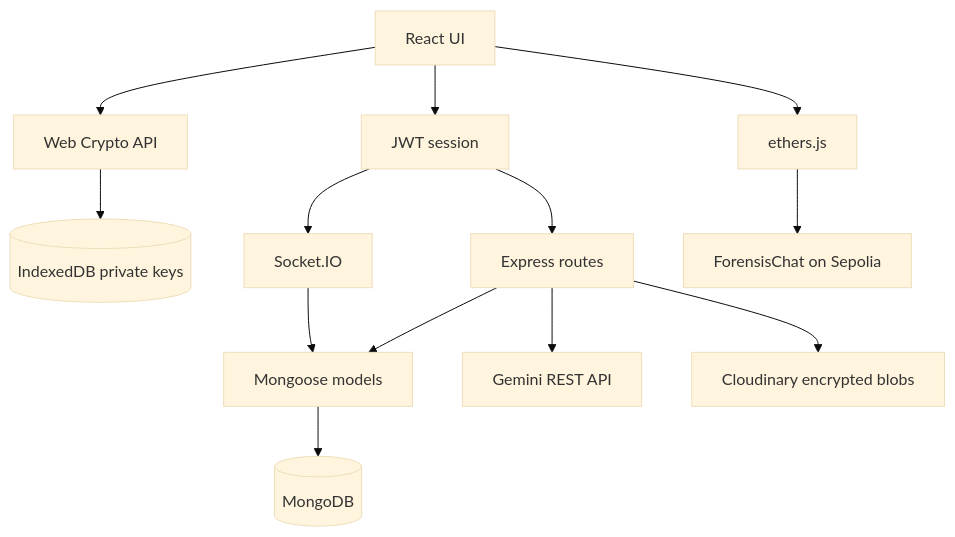
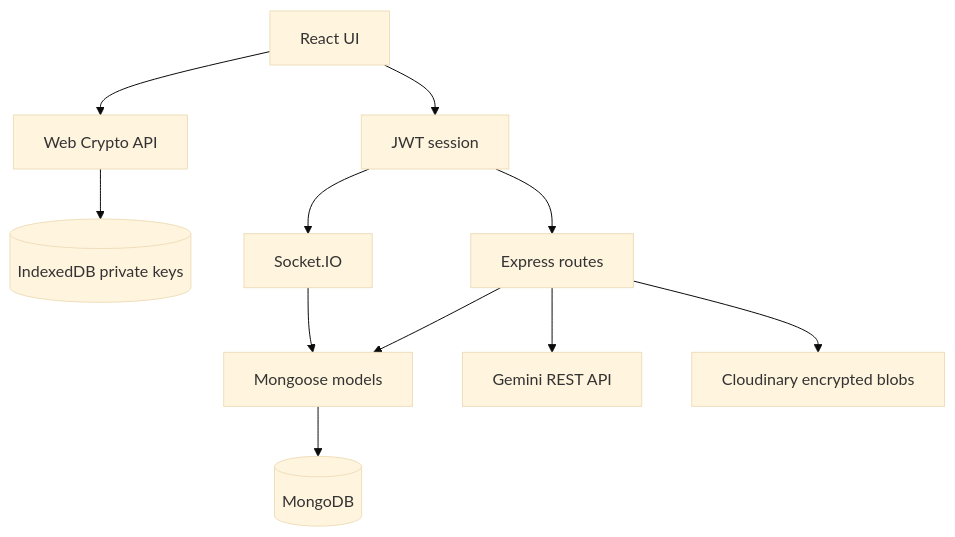
One commit to ThanhHoaAnRauMa/NMCNPM changed the diagram in docs/architecture.md. Above: the diagram before and after it, drawn with Mermaid (base theme). The commit also changed other lines of this file and 19 other files, not shown here.

````diff
--- a/docs/architecture.md
+++ b/docs/architecture.md
@@ -17,15 +17,13 @@
 ```mermaid
 flowchart TD
   UI[React UI] --> Session[JWT session]
   UI --> Crypto[Web Crypto API]
   Crypto --> IDB[(IndexedDB private keys)]
   Session --> REST[Express routes]
   Session --> WS[Socket.IO]
   REST --> Models[Mongoose models]
   WS --> Models
   Models --> Mongo[(MongoDB)]
   REST --> Gemini[Gemini REST API]
   REST --> Cloudinary[Cloudinary encrypted blobs]
-  UI --> Ethers[ethers.js]
-  Ethers --> Contract[ForensisChat on Sepolia]
 ```
````
